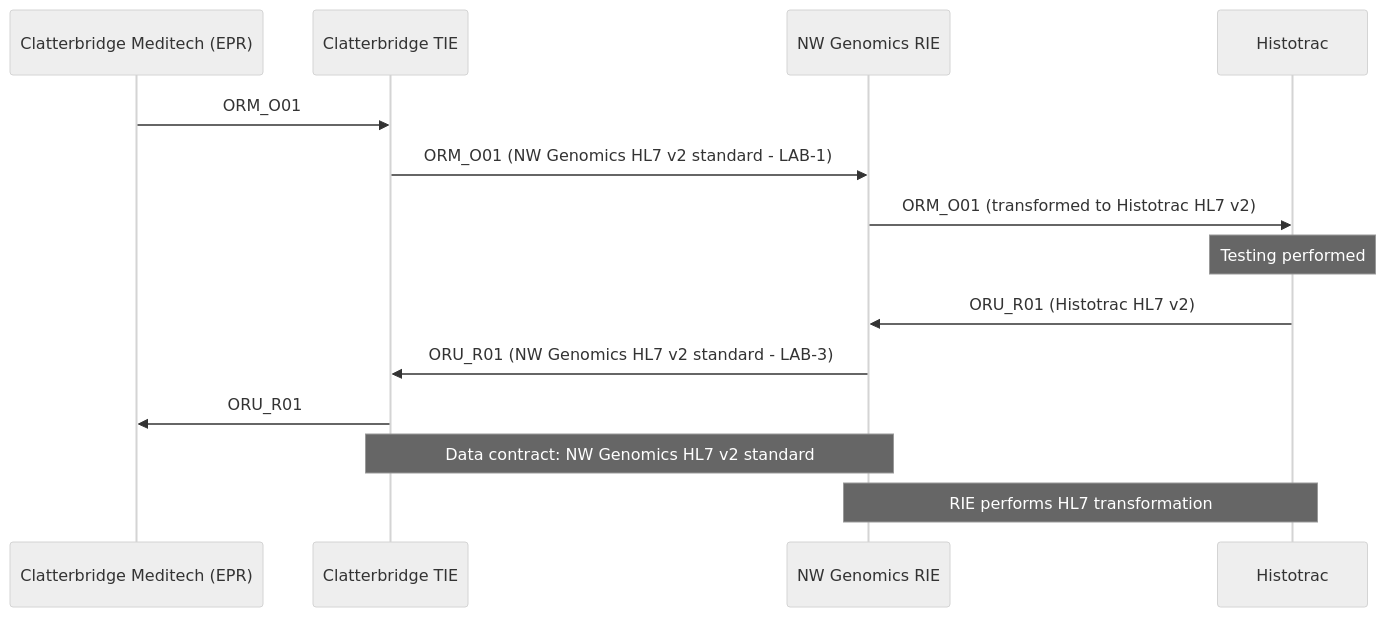
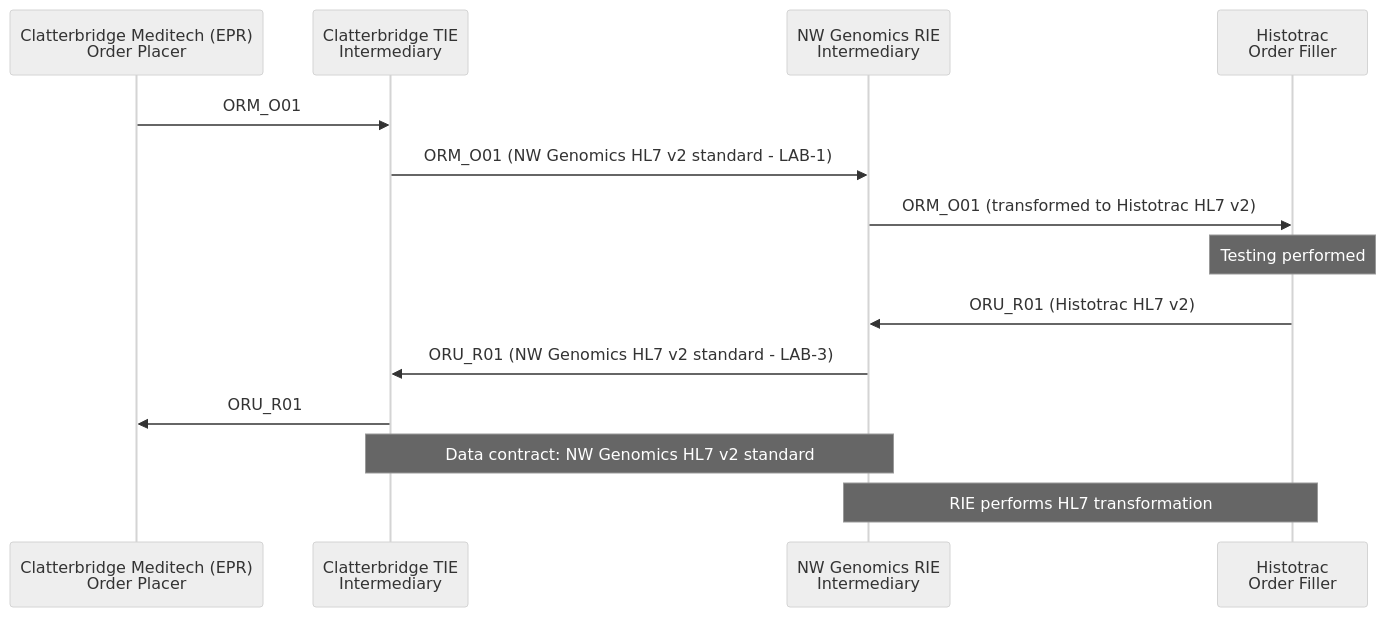
One commit to nw-gmsa/nw-gmsa.github.com changed the fourth of 5 diagrams in input/pagecontent/HistocompatibilityAndImmunogenetics.md. Above: the diagram before and after it, drawn with Mermaid (neutral theme). The commit also changed other lines of this file and 10 other files, not shown here.

````diff
--- a/input/pagecontent/HistocompatibilityAndImmunogenetics.md
+++ b/input/pagecontent/HistocompatibilityAndImmunogenetics.md
@@ -134,18 +134,18 @@
 ```mermaid
 sequenceDiagram
-    participant CM as Clatterbridge Meditech (EPR)
-    participant CTIE as Clatterbridge TIE
-    participant RIE as NW Genomics RIE
-    participant Histotrac as Histotrac
+    participant CM as Clatterbridge Meditech (EPR)<br/>Order Placer
+    participant CTIE as Clatterbridge TIE<br/>Intermediary
+    participant RIE as NW Genomics RIE<br/>Intermediary
+    participant Histotrac as Histotrac<br/>Order Filler
 
     CM->>CTIE: ORM_O01
     CTIE->>RIE: ORM_O01 (NW Genomics HL7 v2 standard - LAB-1)
     RIE->>Histotrac: ORM_O01 (transformed to Histotrac HL7 v2)
     Note over Histotrac: Testing performed
     Histotrac->>RIE: ORU_R01 (Histotrac HL7 v2)
     RIE->>CTIE: ORU_R01 (NW Genomics HL7 v2 standard - LAB-3)
     CTIE->>CM: ORU_R01
 
     Note over CTIE,RIE: Data contract: NW Genomics HL7 v2 standard
     Note over RIE,Histotrac: RIE performs HL7 transformation
 ```
````
